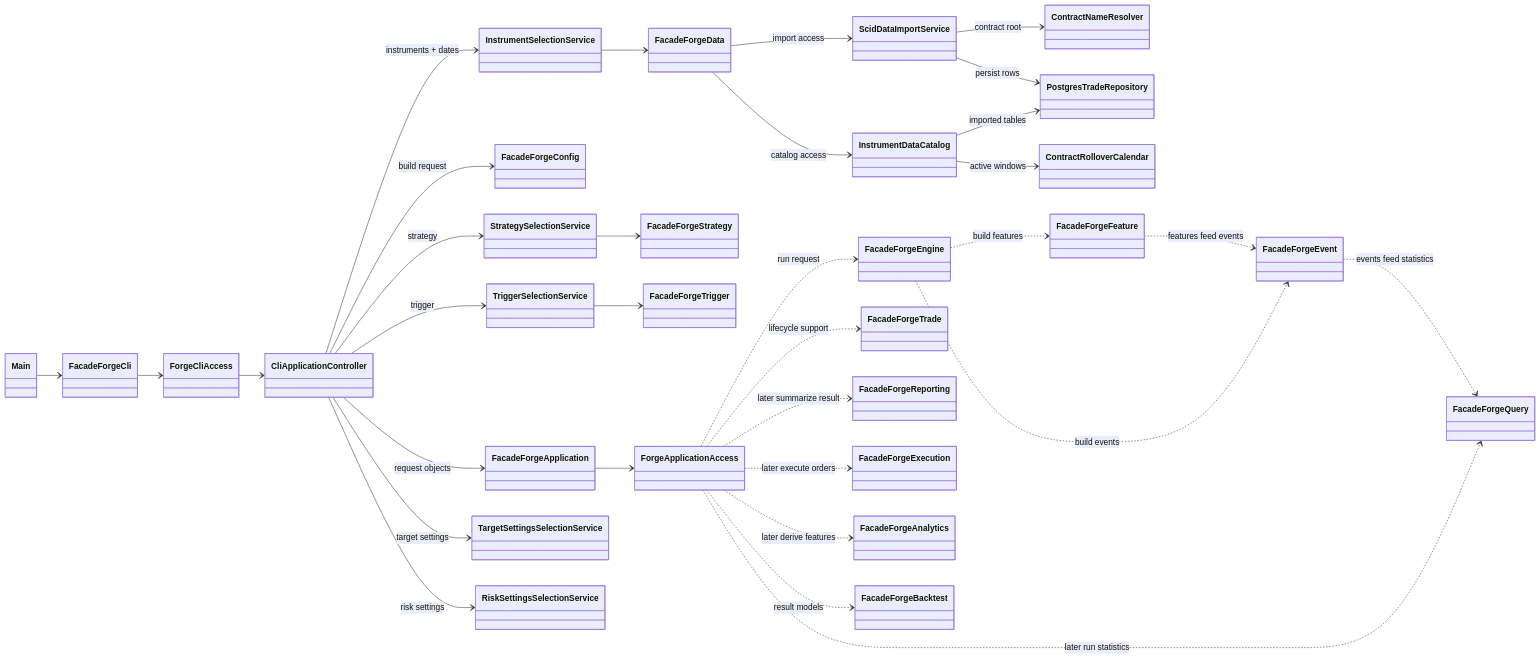
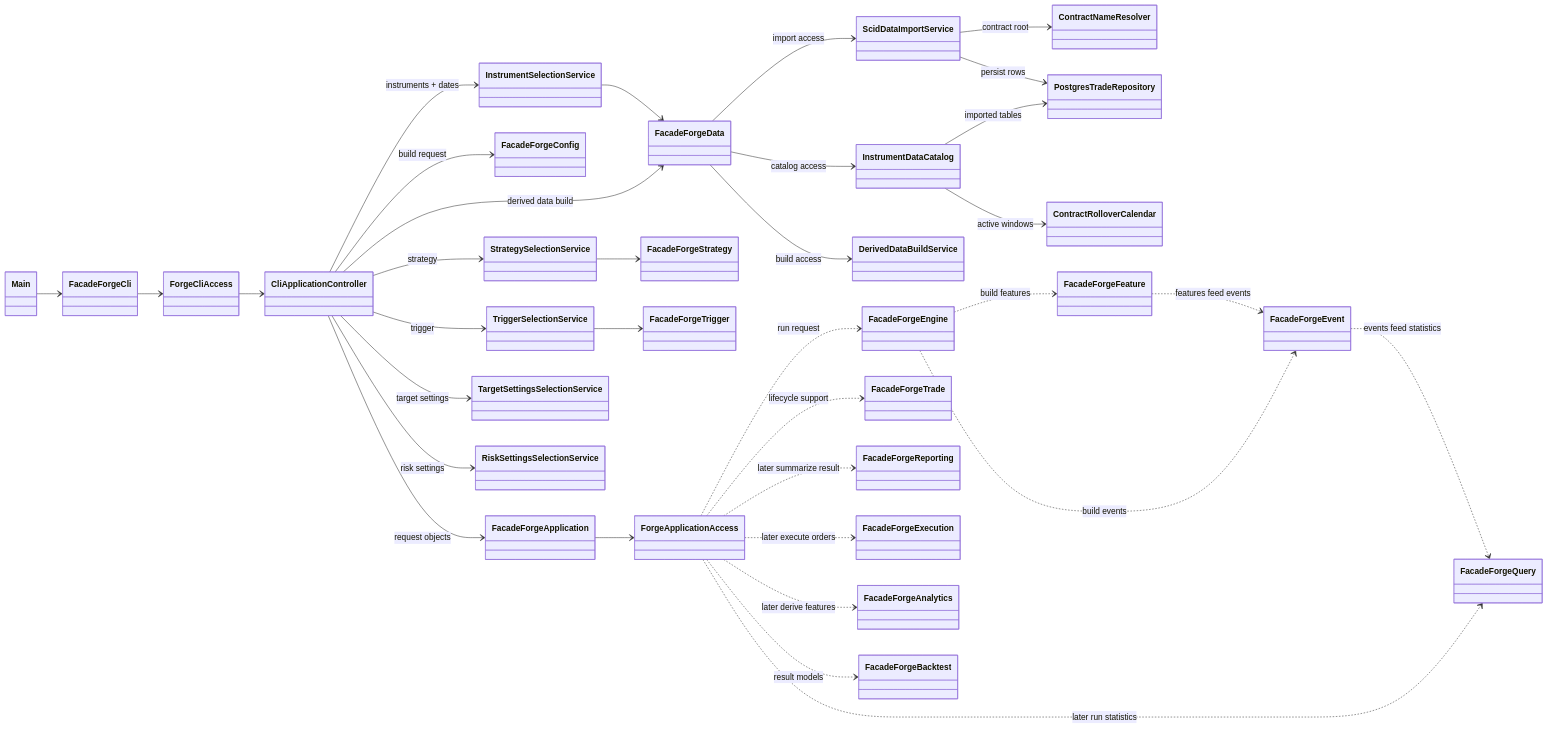
Before and after one commit to probst-paul/FORGE: the first of 23 diagrams in class-model.md, drawn with Mermaid. The commit also changed other lines of this file and 14 other files, not shown here.

First line of the commit message:
Add derived data build workflow and CLI

````diff
--- a/class-model.md
+++ b/class-model.md
@@ -5,68 +5,71 @@
 ```mermaid
 classDiagram
     direction LR
 
     class Main
     class FacadeForgeCli
     class ForgeCliAccess
     class CliApplicationController
     class FacadeForgeApplication
     class FacadeForgeConfig
     class FacadeForgeData
     class InstrumentDataCatalog
     class ContractNameResolver
     class ScidDataImportService
+    class DerivedDataBuildService
     class PostgresTradeRepository
     class ContractRolloverCalendar
     class FacadeForgeStrategy
     class FacadeForgeTrigger
     class FacadeForgeEngine
     class FacadeForgeFeature
     class FacadeForgeEvent
     class FacadeForgeQuery
     class FacadeForgeTrade
     class FacadeForgeReporting
     class FacadeForgeExecution
     class FacadeForgeAnalytics
     class FacadeForgeBacktest
     class ForgeApplicationAccess
     class InstrumentSelectionService
     class StrategySelectionService
     class TriggerSelectionService
     class TargetSettingsSelectionService
     class RiskSettingsSelectionService
 
     Main --> FacadeForgeCli
     FacadeForgeCli --> ForgeCliAccess
     ForgeCliAccess --> CliApplicationController
     CliApplicationController --> FacadeForgeApplication : request objects
     FacadeForgeApplication --> ForgeApplicationAccess
     CliApplicationController --> InstrumentSelectionService : instruments + dates
     CliApplicationController --> StrategySelectionService : strategy
     CliApplicationController --> RiskSettingsSelectionService : risk settings
     CliApplicationController --> TriggerSelectionService : trigger
     CliApplicationController --> TargetSettingsSelectionService : target settings
     CliApplicationController --> FacadeForgeConfig : build request
+    CliApplicationController --> FacadeForgeData : derived data build
 
     InstrumentSelectionService --> FacadeForgeData
     FacadeForgeData --> InstrumentDataCatalog : catalog access
     FacadeForgeData --> ScidDataImportService : import access
+    FacadeForgeData --> DerivedDataBuildService : build access
     InstrumentDataCatalog --> PostgresTradeRepository : imported tables
     InstrumentDataCatalog --> ContractRolloverCalendar : active windows
     ScidDataImportService --> ContractNameResolver : contract root
     ScidDataImportService --> PostgresTradeRepository : persist rows
     StrategySelectionService --> FacadeForgeStrategy
     TriggerSelectionService --> FacadeForgeTrigger
 
     ForgeApplicationAccess ..> FacadeForgeEngine : run request
     FacadeForgeEngine ..> FacadeForgeFeature : build features
     FacadeForgeEngine ..> FacadeForgeEvent : build events
     ForgeApplicationAccess ..> FacadeForgeQuery : later run statistics
     ForgeApplicationAccess ..> FacadeForgeTrade : lifecycle support
     ForgeApplicationAccess ..> FacadeForgeExecution : later execute orders
     ForgeApplicationAccess ..> FacadeForgeReporting : later summarize result
     ForgeApplicationAccess ..> FacadeForgeAnalytics : later derive features
     ForgeApplicationAccess ..> FacadeForgeBacktest : result models
     FacadeForgeFeature ..> FacadeForgeEvent : features feed events
     FacadeForgeEvent ..> FacadeForgeQuery : events feed statistics
 ```
````
